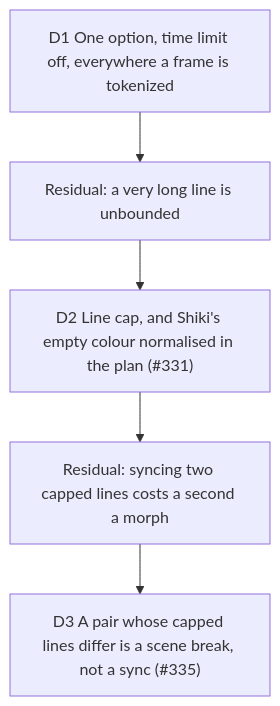
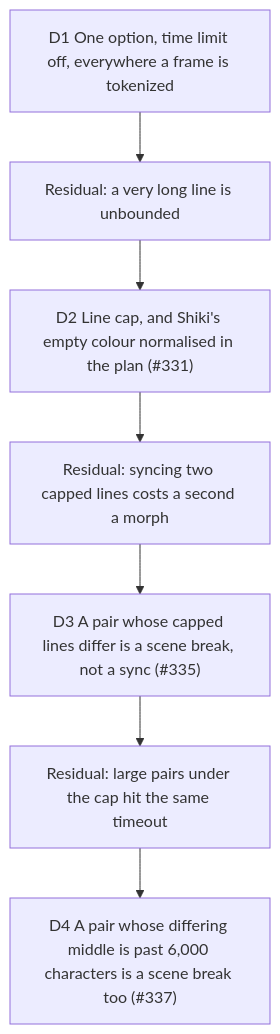
The diagram in docs/decisions/2026-10-14-whole-line-tokenization.md (delhombre/typelapse), drawn with Mermaid before and after one commit. The commit also changed other lines of this file and 4 other files, not shown here.

Commit message:
fix(magic-move): a pair whose differing middle is past 6,000 characters is a scene break, not a sync (#337)

````diff
--- a/docs/decisions/2026-10-14-whole-line-tokenization.md
+++ b/docs/decisions/2026-10-14-whole-line-tokenization.md
@@ -14,7 +14,9 @@
 ```mermaid
 flowchart TD
   D1["D1 One option, time limit off, everywhere a frame is tokenized"] --> R["Residual: a very long line is unbounded"]
   R --> D2["D2 Line cap, and Shiki's empty colour normalised in the plan (#331)"]
   D2 --> R2["Residual: syncing two capped lines costs a second a morph"]
   R2 --> D3["D3 A pair whose capped lines differ is a scene break, not a sync (#335)"]
+  D3 --> R3["Residual: large pairs under the cap hit the same timeout"]
+  R3 --> D4["D4 A pair whose differing middle is past 6,000 characters is a scene break too (#337)"]
 ```
````
